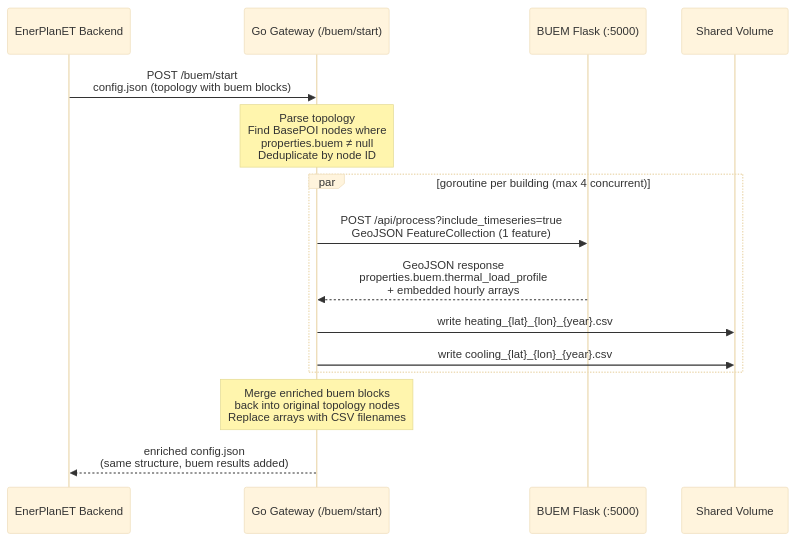
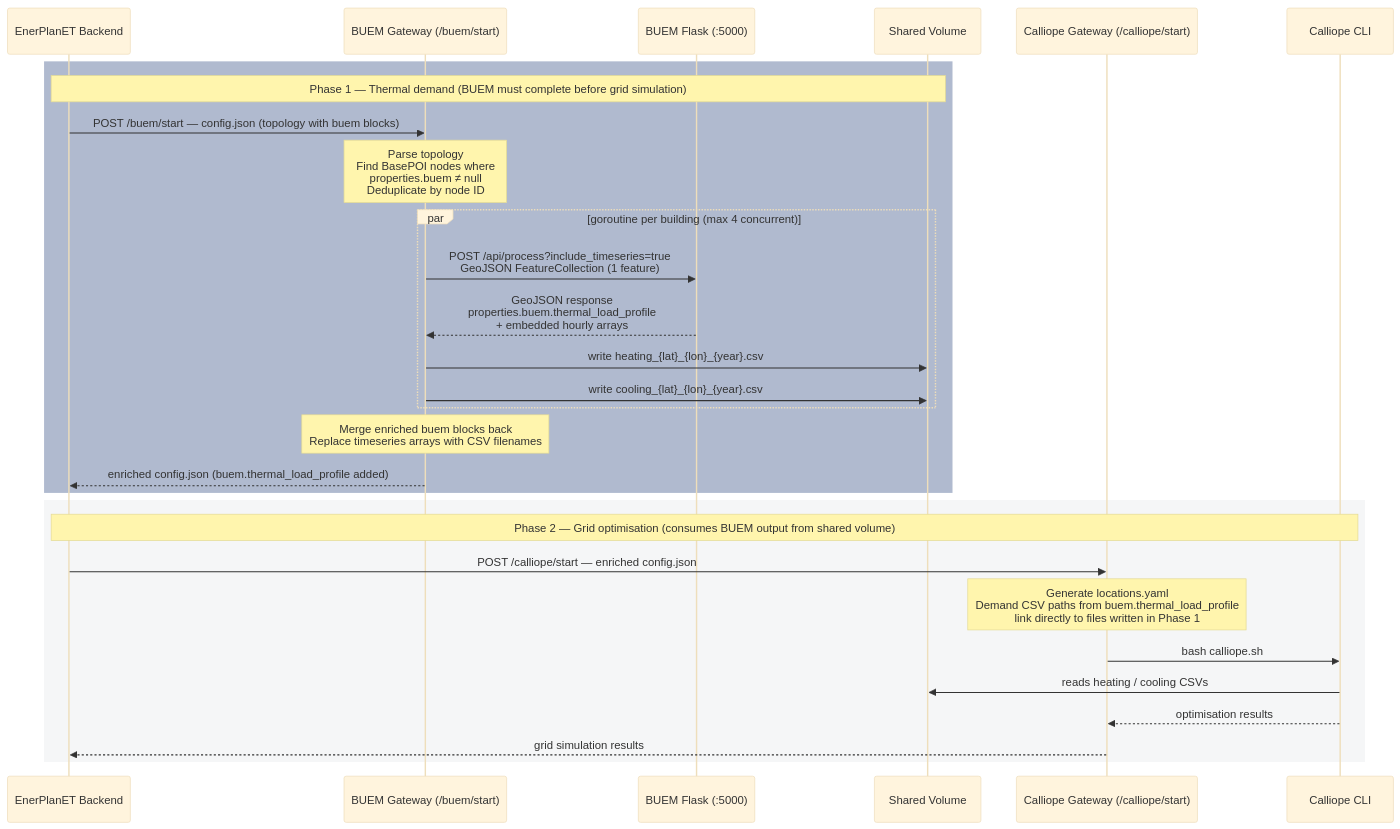
Before and after one commit to enerplanet/buem-gateway: the diagram in docs/assets/diagrams/req-sequence/req-sequence.mmd, drawn with Mermaid (base theme). The commit also changed 19 other files, not shown here.

Commit message:
fix: correct typo in data transformation diagram path in integration architecture documentation

```diff
--- a/docs/assets/diagrams/req-sequence/req-sequence.mmd
+++ b/docs/assets/diagrams/req-sequence/req-sequence.mmd
@@ -1,20 +1,34 @@
 sequenceDiagram
-    participant EP  as EnerPlanET Backend
-    participant GW  as Go Gateway (/buem/start)
-    participant BM  as BUEM Flask (:5000)
-    participant VOL as Shared Volume
+    participant EP   as EnerPlanET Backend
+    participant GW_B as BUEM Gateway (/buem/start)
+    participant BM   as BUEM Flask (:5000)
+    participant VOL  as Shared Volume
+    participant GW_C as Calliope Gateway (/calliope/start)
+    participant CAL  as Calliope CLI
 
-    EP->>GW: POST /buem/start<br/>config.json (topology with buem blocks)
+    rect rgb(176, 186, 207)
+        Note over EP,VOL: Phase 1 — Thermal demand  (BUEM must complete before grid simulation)
+        EP->>GW_B: POST /buem/start  —  config.json (topology with buem blocks)
 
-    Note over GW: Parse topology<br/>Find BasePOI nodes where<br/>properties.buem ≠ null<br/>Deduplicate by node ID
+        Note over GW_B: Parse topology<br/>Find BasePOI nodes where<br/>properties.buem ≠ null<br/>Deduplicate by node ID
 
-    par goroutine per building (max 4 concurrent)
-        GW->>BM: POST /api/process?include_timeseries=true<br/>GeoJSON FeatureCollection (1 feature)
-        BM-->>GW: GeoJSON response<br/>properties.buem.thermal_load_profile<br/>+ embedded hourly arrays
-        GW->>VOL: write heating_{lat}_{lon}_{year}.csv
-        GW->>VOL: write cooling_{lat}_{lon}_{year}.csv
+        par goroutine per building (max 4 concurrent)
+            GW_B->>BM: POST /api/process?include_timeseries=true<br/>GeoJSON FeatureCollection (1 feature)
+            BM-->>GW_B: GeoJSON response<br/>properties.buem.thermal_load_profile<br/>+ embedded hourly arrays
+            GW_B->>VOL: write heating_{lat}_{lon}_{year}.csv
+            GW_B->>VOL: write cooling_{lat}_{lon}_{year}.csv
+        end
+
+        Note over GW_B: Merge enriched buem blocks back<br/>Replace timeseries arrays with CSV filenames
+        GW_B-->>EP: enriched config.json  (buem.thermal_load_profile added)
     end
 
-    Note over GW: Merge enriched buem blocks<br/>back into original topology nodes<br/>Replace arrays with CSV filenames
-
-    GW-->>EP: enriched config.json<br/>(same structure, buem results added)
+    rect rgb(245, 246, 247)
+        Note over EP,CAL: Phase 2 — Grid optimisation  (consumes BUEM output from shared volume)
+        EP->>GW_C: POST /calliope/start  —  enriched config.json
+        Note over GW_C: Generate locations.yaml<br/>Demand CSV paths from buem.thermal_load_profile<br/>link directly to files written in Phase 1
+        GW_C->>CAL: bash calliope.sh
+        CAL->>VOL: reads heating / cooling CSVs
+        CAL-->>GW_C: optimisation results
+        GW_C-->>EP: grid simulation results
+    end
```
